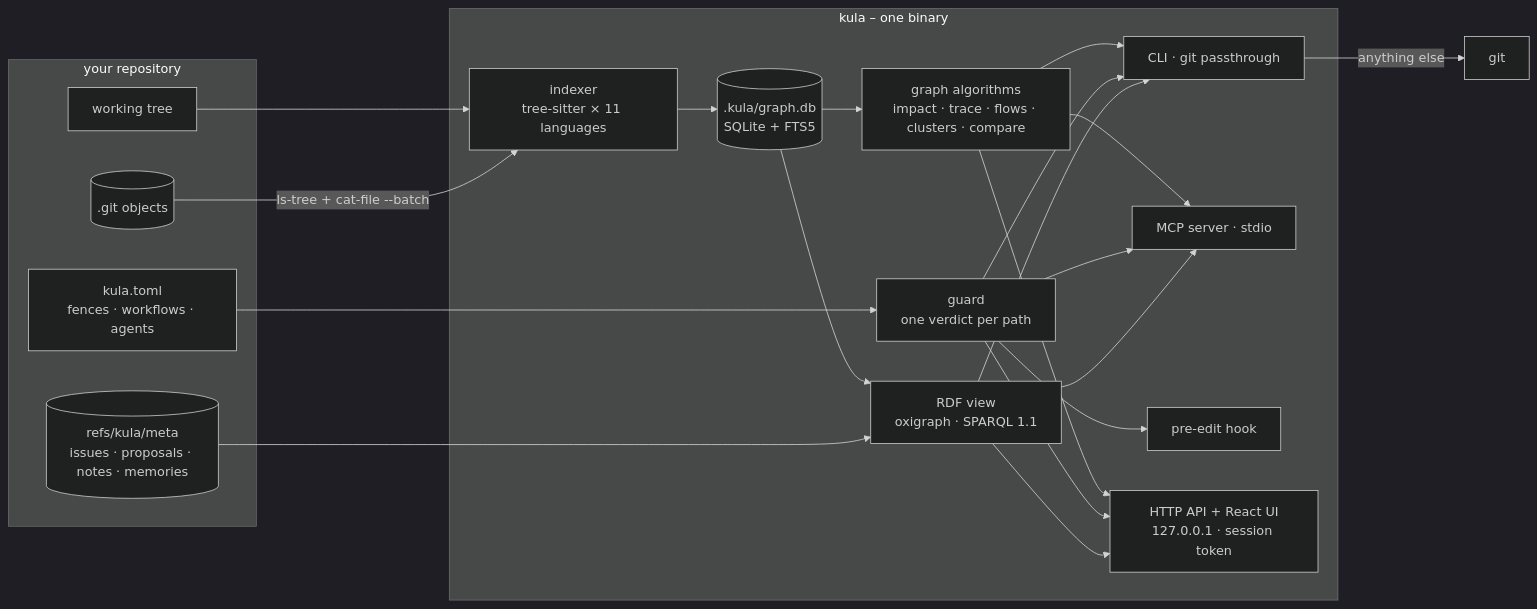
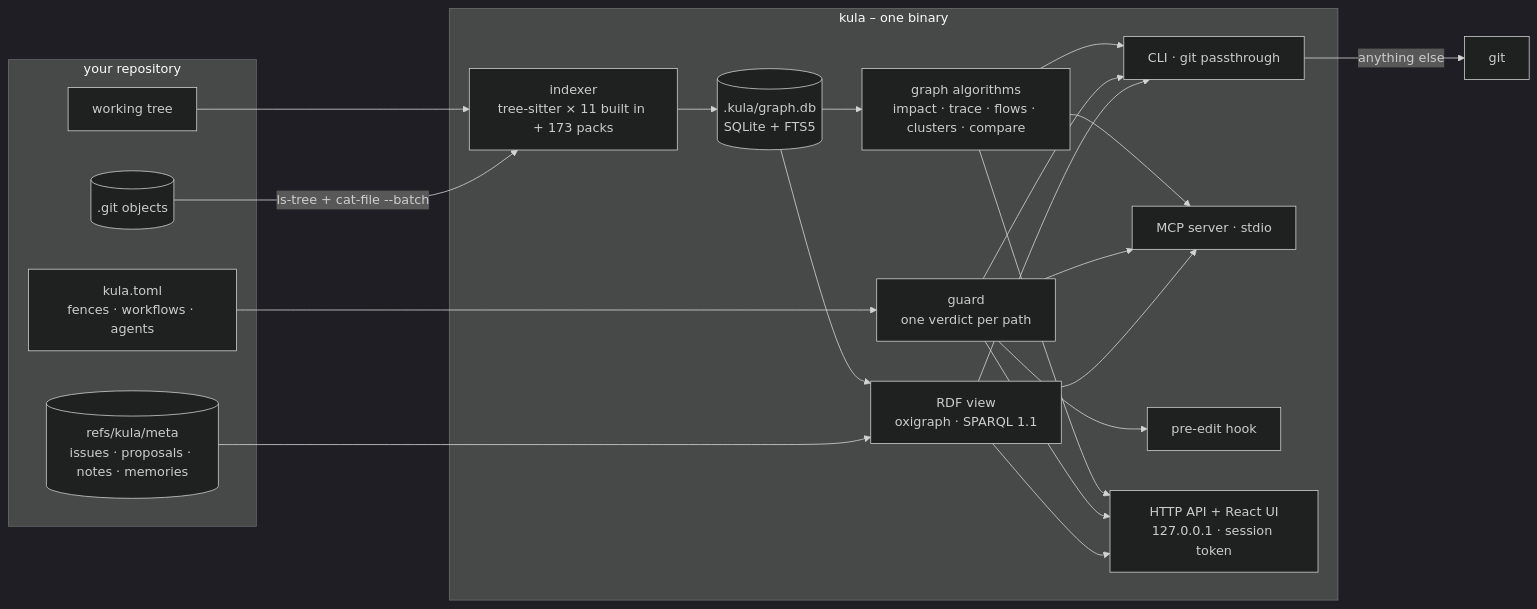
One commit to A12N4V/kula changed the first of 2 diagrams in docs/ARCHITECTURE.md. Above: the diagram before and after it, drawn with Mermaid (dark theme). The commit also changed other lines of this file and 225 other files, not shown here.

````diff
--- a/docs/ARCHITECTURE.md
+++ b/docs/ARCHITECTURE.md
@@ -5,30 +5,30 @@
 ```mermaid
 flowchart LR
     subgraph repo[your repository]
         WT[working tree]
         GIT[(.git objects)]
         META[(refs/kula/meta<br/>issues · proposals · notes · memories)]
         TOML[kula.toml<br/>fences · workflows · agents]
     end
     subgraph kula[kula – one binary]
-        IDX[indexer<br/>tree-sitter × 11 languages]
+        IDX[indexer<br/>tree-sitter × 11 built in + 173 packs]
         DB[(.kula/graph.db<br/>SQLite + FTS5)]
         G[graph algorithms<br/>impact · trace · flows · clusters · compare]
         GU[guard<br/>one verdict per path]
         KG[RDF view<br/>oxigraph · SPARQL 1.1]
         CLI[CLI · git passthrough]
         MCP[MCP server · stdio]
         HOOK[pre-edit hook]
         WEB[HTTP API + React UI<br/>127.0.0.1 · session token]
     end
     WT --> IDX
     GIT -->|ls-tree + cat-file --batch| IDX
     IDX --> DB --> G
     DB --> KG
     META --> KG
     TOML --> GU
     G --> CLI & MCP & WEB
     GU --> MCP & HOOK & WEB & CLI
     KG --> MCP & WEB & CLI
     CLI -->|anything else| GITBIN[git]
 ```
````
